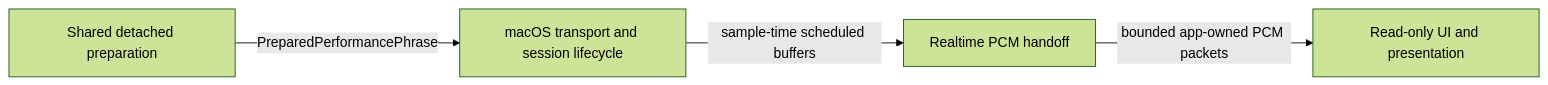
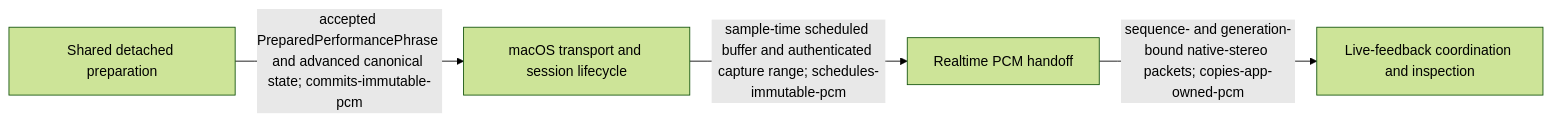
One commit to randomactions/auto-techno changed the fourth of 8 diagrams in docs/CODEBASE_MAP.md. Above: the diagram before and after it, drawn with Mermaid (forest theme). The commit also changed other lines of this file and 156 other files, not shown here.

````diff
--- a/docs/CODEBASE_MAP.md
+++ b/docs/CODEBASE_MAP.md
@@ -97,10 +128,10 @@
 ```mermaid
 flowchart LR
-  n_scheduled_playback0["Shared detached preparation"]
-  n_scheduled_playback1["macOS transport and session lifecycle"]
-  n_scheduled_playback2["Realtime PCM handoff"]
-  n_scheduled_playback3["Read-only UI and presentation"]
-  n_scheduled_playback0 -- "PreparedPerformancePhrase" --> n_scheduled_playback1
-  n_scheduled_playback1 -- "sample-time scheduled buffers" --> n_scheduled_playback2
-  n_scheduled_playback2 -- "bounded app-owned PCM packets" --> n_scheduled_playback3
+  n_macos_scheduled_playback_and_observation0["Shared detached preparation"]
+  n_macos_scheduled_playback_and_observation1["macOS transport and session lifecycle"]
+  n_macos_scheduled_playback_and_observation2["Realtime PCM handoff"]
+  n_macos_scheduled_playback_and_observation3["Live-feedback coordination and inspection"]
+  n_macos_scheduled_playback_and_observation0 -- "accepted PreparedPerformancePhrase and advanced canonical state; commits-immutable-pcm" --> n_macos_scheduled_playback_and_observation1
+  n_macos_scheduled_playback_and_observation1 -- "sample-time scheduled buffer and authenticated capture range; schedules-immutable-pcm" --> n_macos_scheduled_playback_and_observation2
+  n_macos_scheduled_playback_and_observation2 -- "sequence- and generation-bound native-stereo packets; copies-app-owned-pcm" --> n_macos_scheduled_playback_and_observation3
 ```
````
